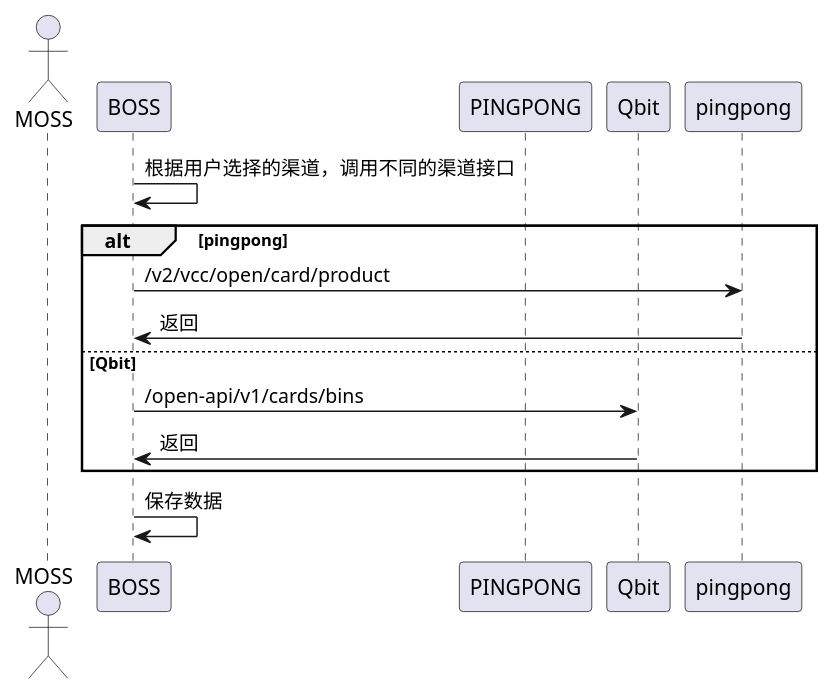
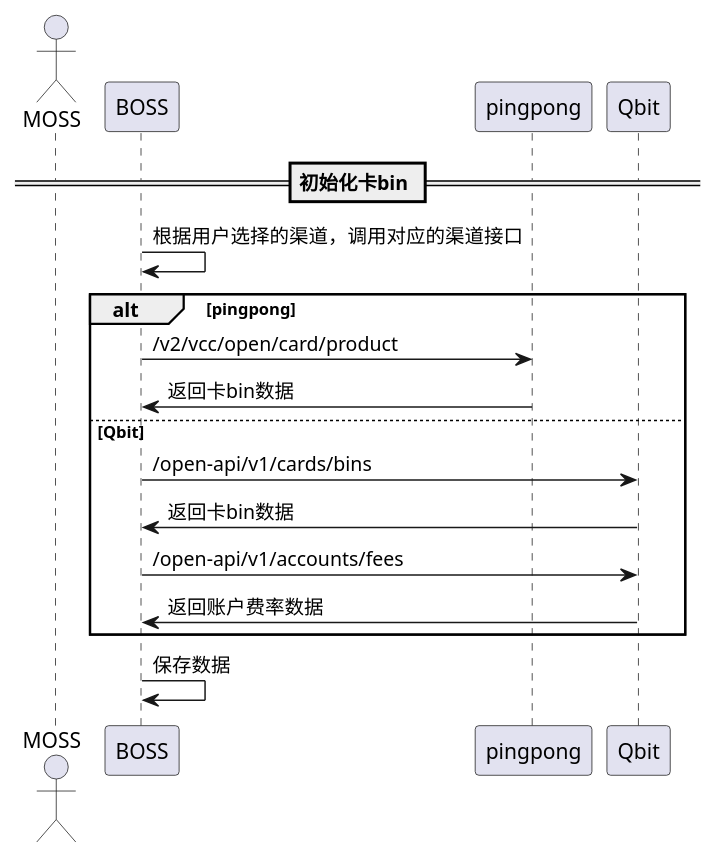
Before and after one commit to VernePan/MyProject: the diagram in src/main/uml/vcc/card-product.puml, drawn with PlantUML. The commit also changed 5 other files, not shown here.

```diff
--- a/src/main/uml/vcc/card-product.puml
+++ b/src/main/uml/vcc/card-product.puml
@@ -1,24 +1,29 @@
 @startuml
 'https://plantuml.com/sequence-diagram
 
 
 actor MOSS
 participant BOSS
-participant PINGPONG
+participant pingpong
 participant Qbit
 
-BOSS -> BOSS: 根据用户选择的渠道，调用不同的渠道接口
+== 初始化卡bin ==
+
+BOSS -> BOSS: 根据用户选择的渠道，调用对应的渠道接口
 alt pingpong
 
     BOSS -> pingpong: /v2/vcc/open/card/product
-    pingpong -> BOSS: 返回
+    pingpong -> BOSS: 返回卡bin数据
 
 else Qbit
 
     BOSS -> Qbit: /open-api/v1/cards/bins
-    Qbit -> BOSS: 返回
+    Qbit -> BOSS: 返回卡bin数据
+    BOSS -> Qbit: /open-api/v1/accounts/fees
+    Qbit -> BOSS:返回账户费率数据
 
 end
 BOSS -> BOSS: 保存数据
 
+
 @enduml
```
